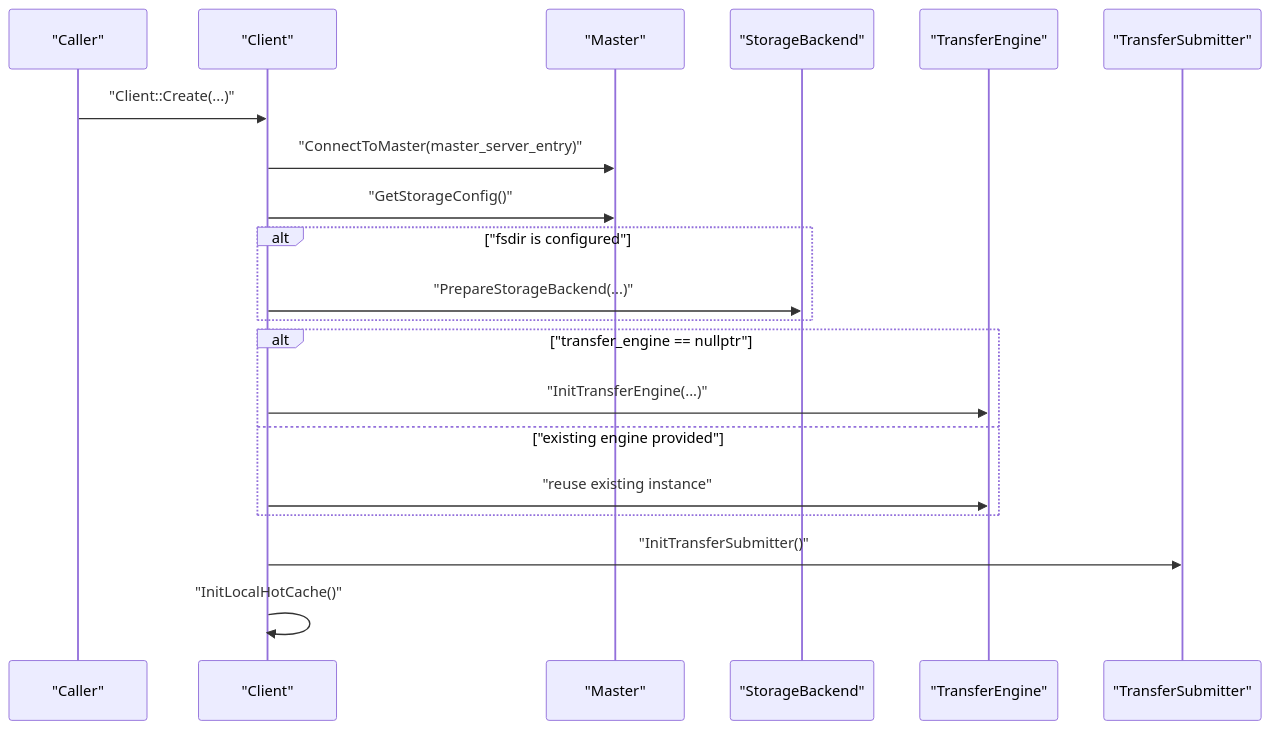
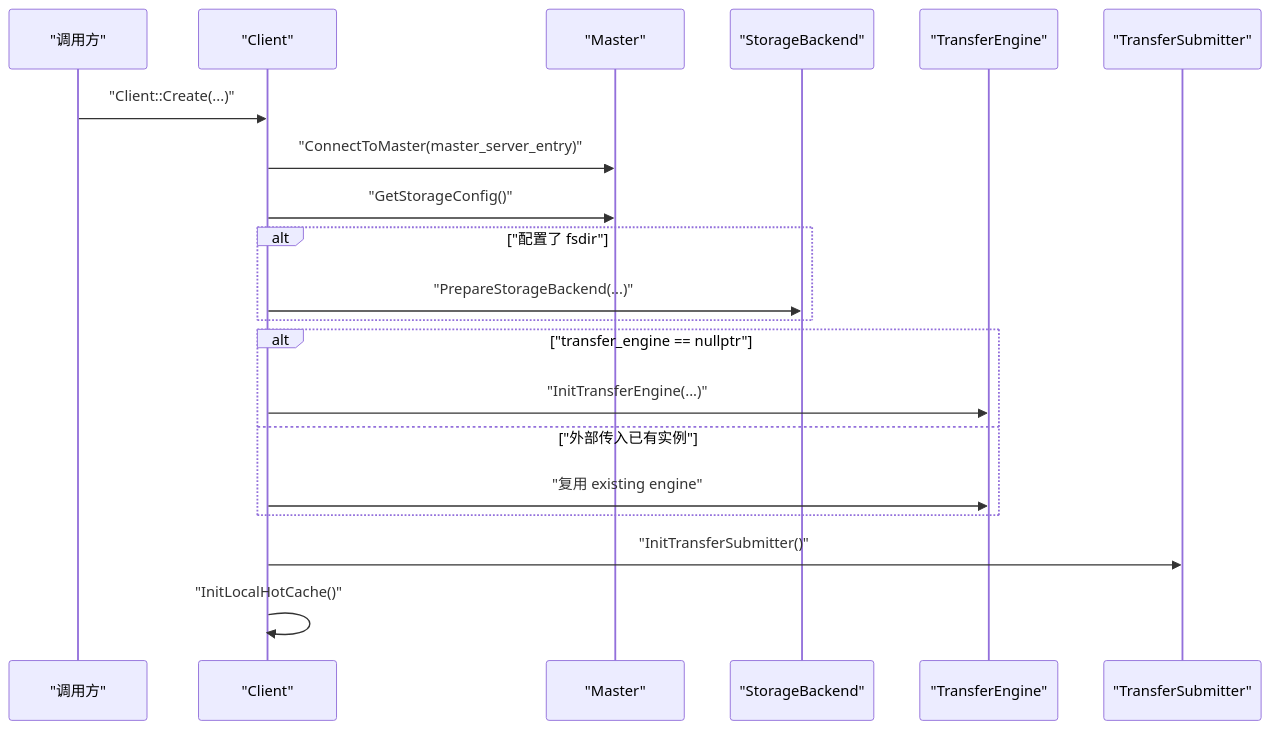
One commit to bigboywwn/AI_coding changed the first of 4 diagrams in docs/mooncake-transfer-paths.md. Above: the diagram before and after it, drawn with Mermaid. The commit also changed other lines of this file and 3 other files, not shown here.

````diff
--- a/docs/mooncake-transfer-paths.md
+++ b/docs/mooncake-transfer-paths.md
@@ -46,23 +46,23 @@
 ```mermaid
 sequenceDiagram
-  participant U as "Caller"
+  participant U as "调用方"
   participant C as "Client"
   participant M as "Master"
   participant SB as "StorageBackend"
   participant TE as "TransferEngine"
   participant TS as "TransferSubmitter"
 
   U->>C: "Client::Create(...)"
   C->>M: "ConnectToMaster(master_server_entry)"
   C->>M: "GetStorageConfig()"
-  alt "fsdir is configured"
+  alt "配置了 fsdir"
     C->>SB: "PrepareStorageBackend(...)"
   end
   alt "transfer_engine == nullptr"
     C->>TE: "InitTransferEngine(...)"
-  else "existing engine provided"
-    C->>TE: "reuse existing instance"
+  else "外部传入已有实例"
+    C->>TE: "复用 existing engine"
   end
   C->>TS: "InitTransferSubmitter()"
   C->>C: "InitLocalHotCache()"
 ```
````
